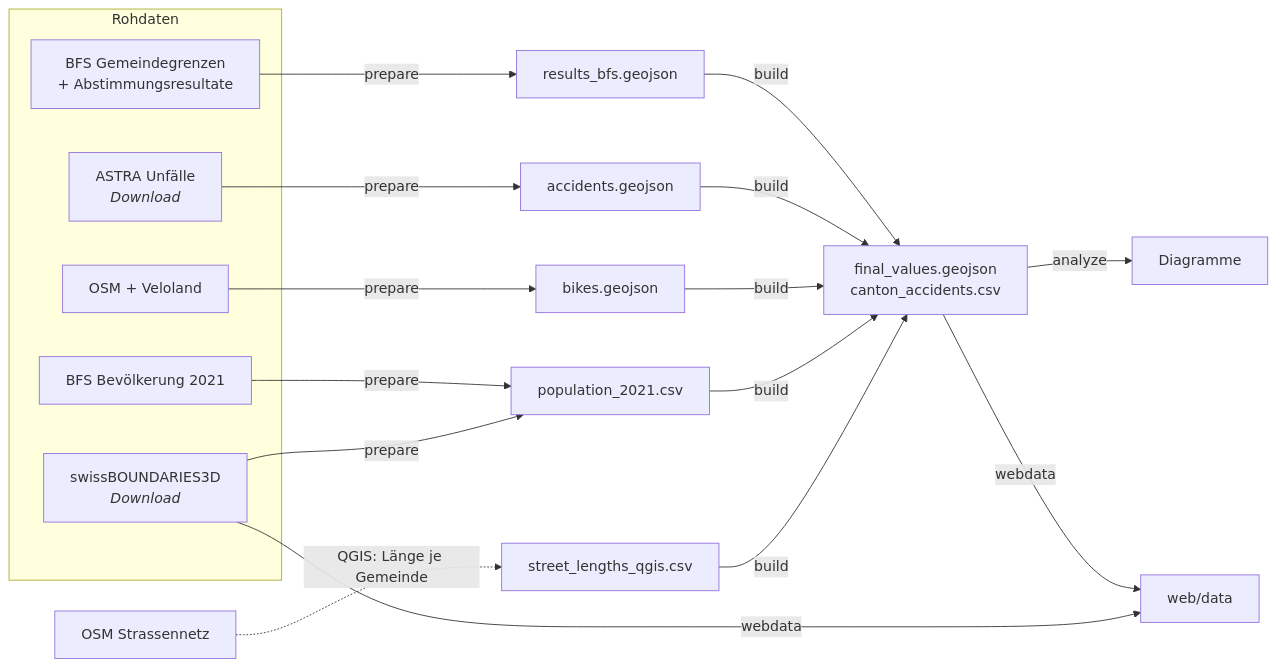
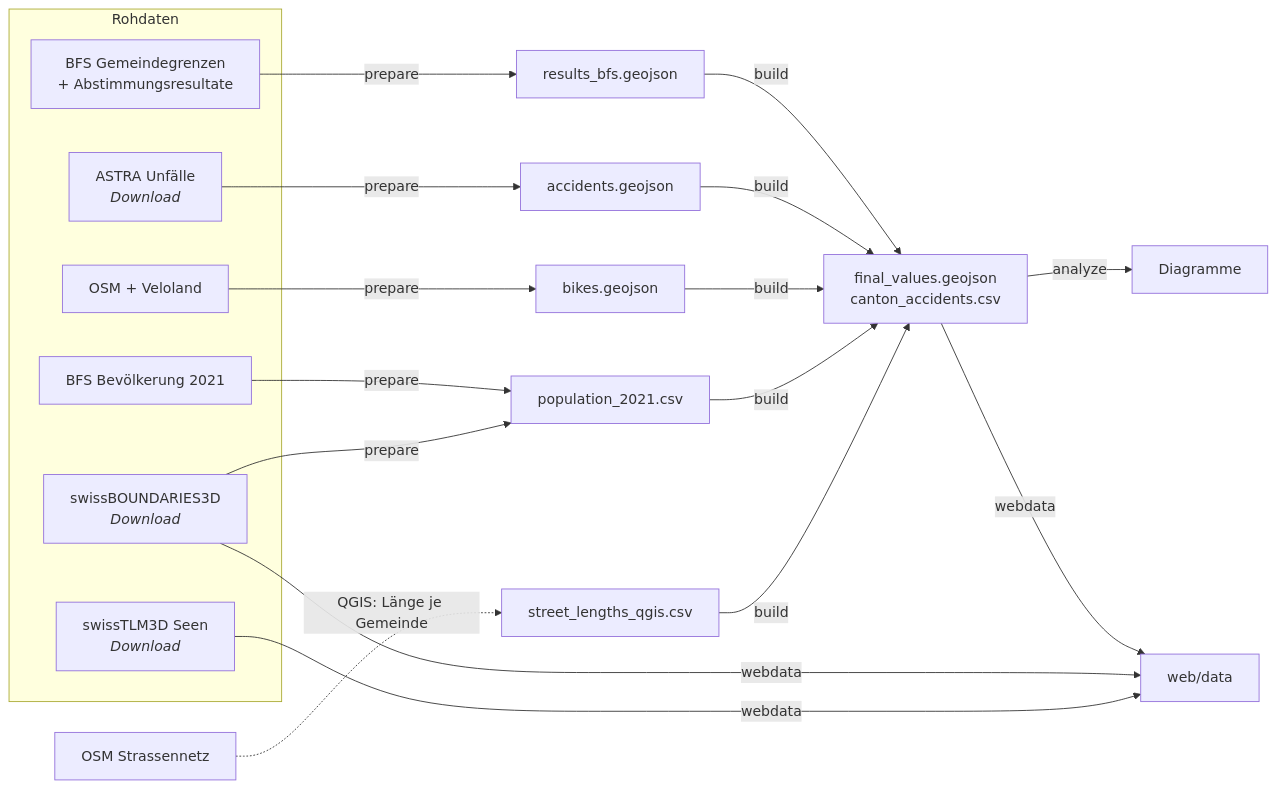
Before and after one commit to teefaxx/projekt-gis-karto: the diagram in README.md, drawn with Mermaid. The commit also changed other lines of this file and 1488 other files, not shown here.

````diff
--- a/README.md
+++ b/README.md
@@ -102,18 +109,19 @@
 ```mermaid
 flowchart LR
   subgraph raw["Rohdaten"]
     R1[BFS Gemeindegrenzen<br>+ Abstimmungsresultate]
     R2[ASTRA Unfälle<br><i>Download</i>]
     R3[OSM + Veloland]
     R4[BFS Bevölkerung 2021]
     R5[swissBOUNDARIES3D<br><i>Download</i>]
+    R6[swissTLM3D Seen<br><i>Download</i>]
   end
   R1 -->|prepare| I1[results_bfs.geojson]
   R2 -->|prepare| I2[accidents.geojson]
   R3 -->|prepare| I3[bikes.geojson]
   R4 & R5 -->|prepare| I4[population_2021.csv]
   OSM[OSM Strassennetz] -.->|QGIS: Länge je Gemeinde| I6[street_lengths_qgis.csv]
   I1 & I2 & I3 & I4 & I6 -->|build| P[final_values.geojson<br>canton_accidents.csv]
   P -->|analyze| F[Diagramme]
-  P & R5 -->|webdata| W[web/data]
+  P & R5 & R6 -->|webdata| W[web/data]
 ```
````
